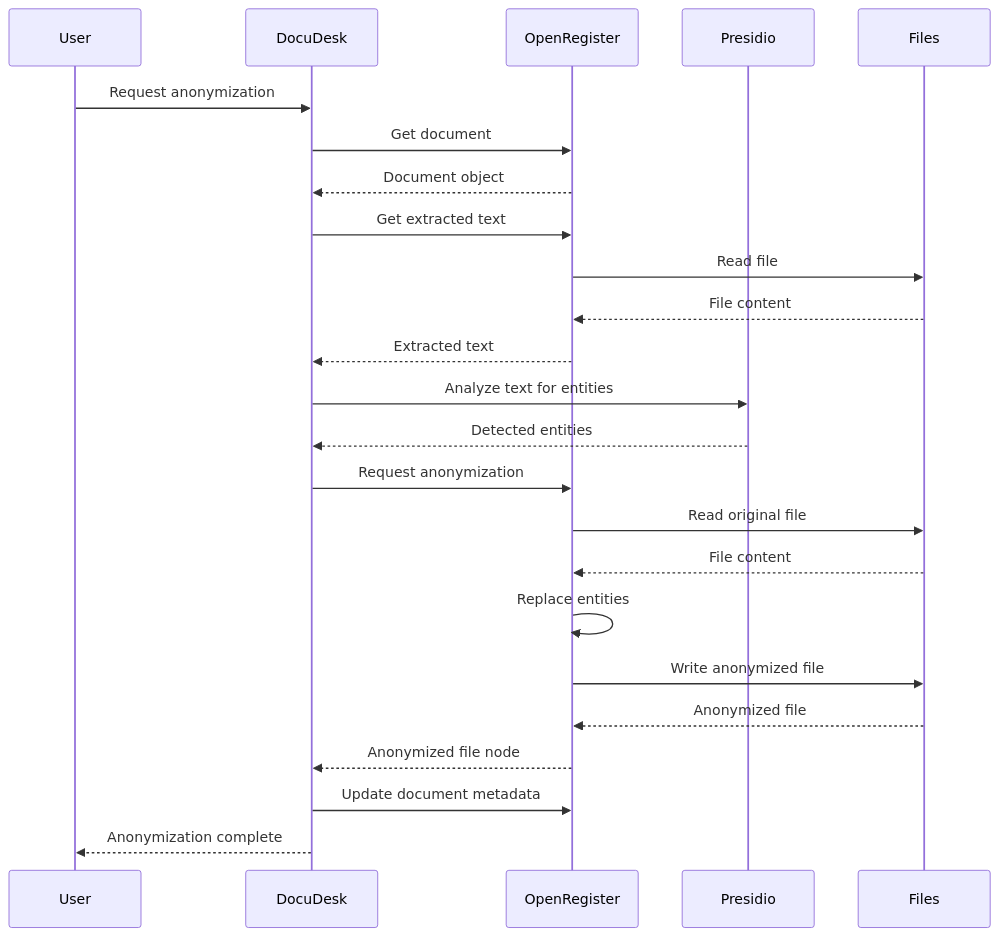
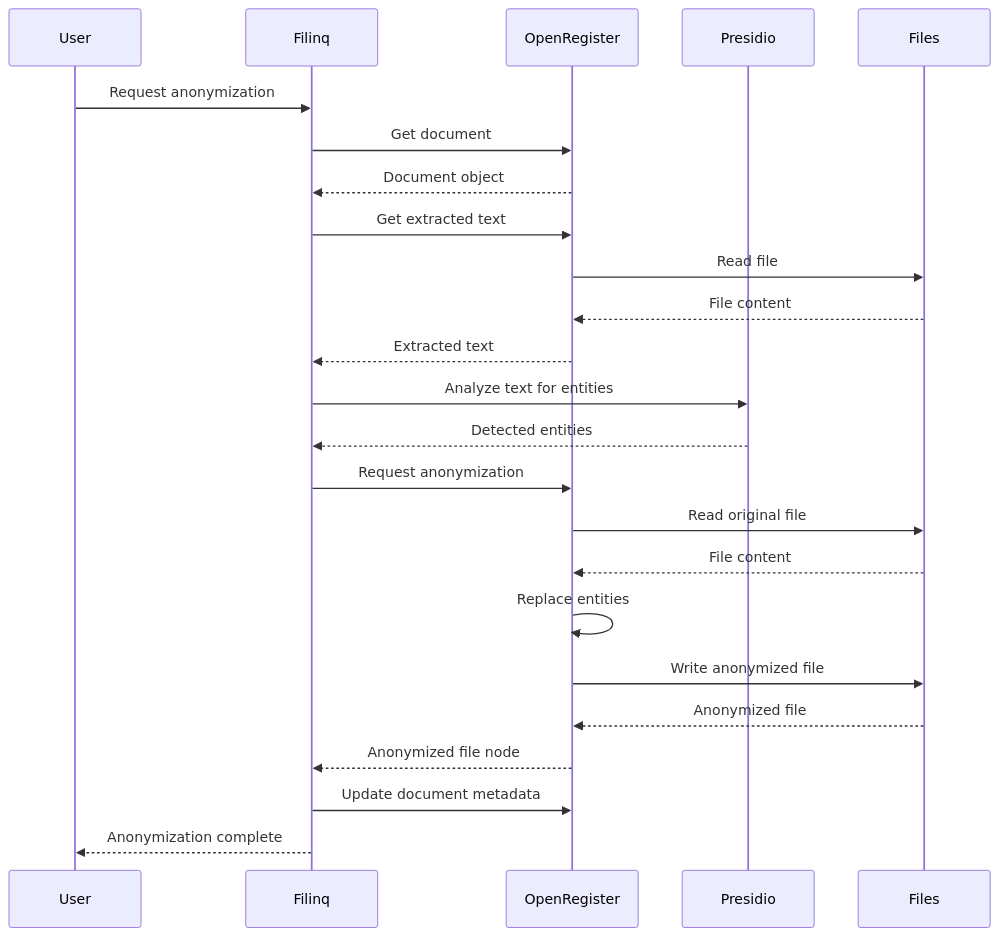
One commit to ConductionNL/filinq changed the second of 3 diagrams in docs/architecture.md. Above: the diagram before and after it, drawn with Mermaid. The commit also changed other lines of this file and 1117 other files, not shown here.

````diff
--- a/docs/architecture.md
+++ b/docs/architecture.md
@@ -58,31 +58,31 @@
 ```mermaid
 sequenceDiagram
     participant User
-    participant DocuDesk
+    participant Filinq
     participant OpenRegister
     participant Presidio
     participant Files
     
-    User->>DocuDesk: Request anonymization
-    DocuDesk->>OpenRegister: Get document
-    OpenRegister-->>DocuDesk: Document object
+    User->>Filinq: Request anonymization
+    Filinq->>OpenRegister: Get document
+    OpenRegister-->>Filinq: Document object
     
-    DocuDesk->>OpenRegister: Get extracted text
+    Filinq->>OpenRegister: Get extracted text
     OpenRegister->>Files: Read file
     Files-->>OpenRegister: File content
-    OpenRegister-->>DocuDesk: Extracted text
+    OpenRegister-->>Filinq: Extracted text
     
-    DocuDesk->>Presidio: Analyze text for entities
-    Presidio-->>DocuDesk: Detected entities
+    Filinq->>Presidio: Analyze text for entities
+    Presidio-->>Filinq: Detected entities
     
-    DocuDesk->>OpenRegister: Request anonymization
+    Filinq->>OpenRegister: Request anonymization
     OpenRegister->>Files: Read original file
     Files-->>OpenRegister: File content
     OpenRegister->>OpenRegister: Replace entities
     OpenRegister->>Files: Write anonymized file
     Files-->>OpenRegister: Anonymized file
     
-    OpenRegister-->>DocuDesk: Anonymized file node
-    DocuDesk->>OpenRegister: Update document metadata
-    DocuDesk-->>User: Anonymization complete
+    OpenRegister-->>Filinq: Anonymized file node
+    Filinq->>OpenRegister: Update document metadata
+    Filinq-->>User: Anonymization complete
 ```
````
